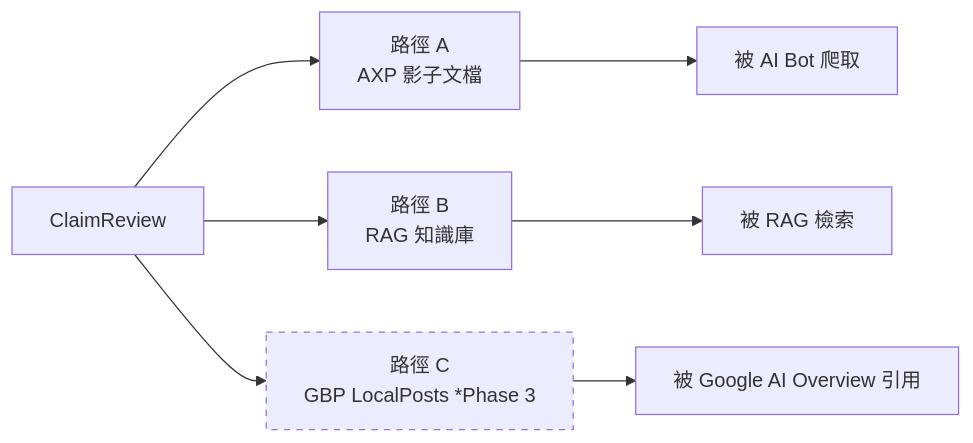
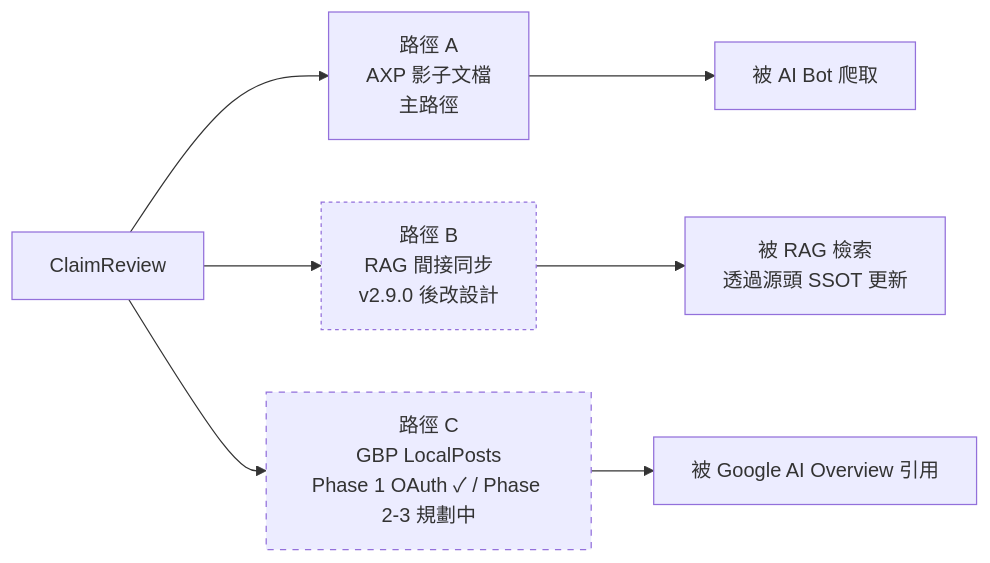
Before and after one commit to baiyuan-tech/geo-whitepaper: the seventh of 9 diagrams in zh-TW/ch09-closed-loop.md, drawn with Mermaid. The commit also changed other lines of this file, not shown here.

````diff
--- a/zh-TW/ch09-closed-loop.md
+++ b/zh-TW/ch09-closed-loop.md
@@ -399,10 +432,11 @@
 ```mermaid
 flowchart LR
-    CR[ClaimReview] --> P1[路徑 A<br/>AXP 影子文檔]
-    CR --> P2[路徑 B<br/>RAG 知識庫]
-    CR --> P3[路徑 C<br/>GBP LocalPosts *Phase 3]
+    CR[ClaimReview] --> P1[路徑 A<br/>AXP 影子文檔<br/>主路徑]
+    CR --> P2[路徑 B<br/>RAG 間接同步<br/>v2.9.0 後改設計]
+    CR --> P3[路徑 C<br/>GBP LocalPosts<br/>Phase 1 OAuth ✓ / Phase 2-3 規劃中]
     P1 --> AI1[被 AI Bot 爬取]
-    P2 --> AI2[被 RAG 檢索]
+    P2 --> AI2[被 RAG 檢索<br/>透過源頭 SSOT 更新]
     P3 --> AI3[被 Google AI Overview 引用]
+    style P2 stroke-dasharray: 3 3
     style P3 stroke-dasharray: 5 5
 ```
````
